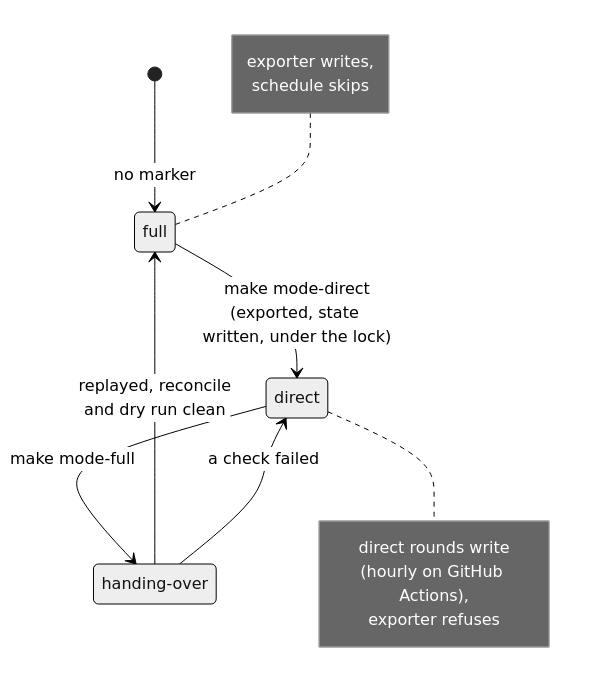
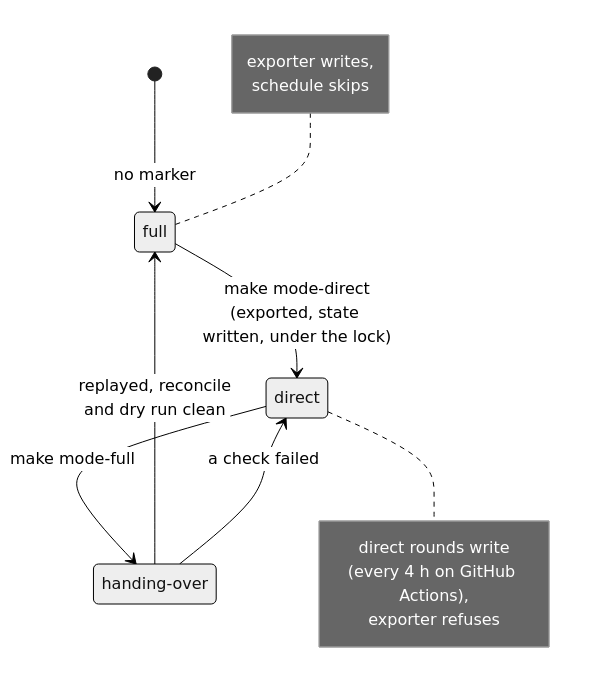
One commit to dienarvaez1/earth-hub changed the fourth of 8 diagrams in docs/technical/architecture.md. Above: the diagram before and after it, drawn with Mermaid (neutral theme). The commit also changed other lines of this file and 33 other files, not shown here.

First line of the commit message:
feat: /eh-reconcile for any range by day, month or year; direct rounds every 4 hours; DEF-066 and DEF-067 (open); DEF-064/065 fixed in #69 (#70)

````diff
--- a/docs/technical/architecture.md
+++ b/docs/technical/architecture.md
@@ -235,12 +235,12 @@
 ```mermaid
 stateDiagram-v2
     direction TB
     [*] --> full: no marker
     full --> direct: make mode-direct<br/>(exported, state written, under the lock)
     direct --> handing_over: make mode-full
     handing_over --> full: replayed, reconcile<br/>and dry run clean
     handing_over --> direct: a check failed
     state "handing-over" as handing_over
     note left of full: exporter writes,<br/>schedule skips
-    note right of direct: direct rounds write<br/>(hourly on GitHub Actions),<br/>exporter refuses
+    note right of direct: direct rounds write<br/>(every 4 h on GitHub Actions),<br/>exporter refuses
 ```
````
